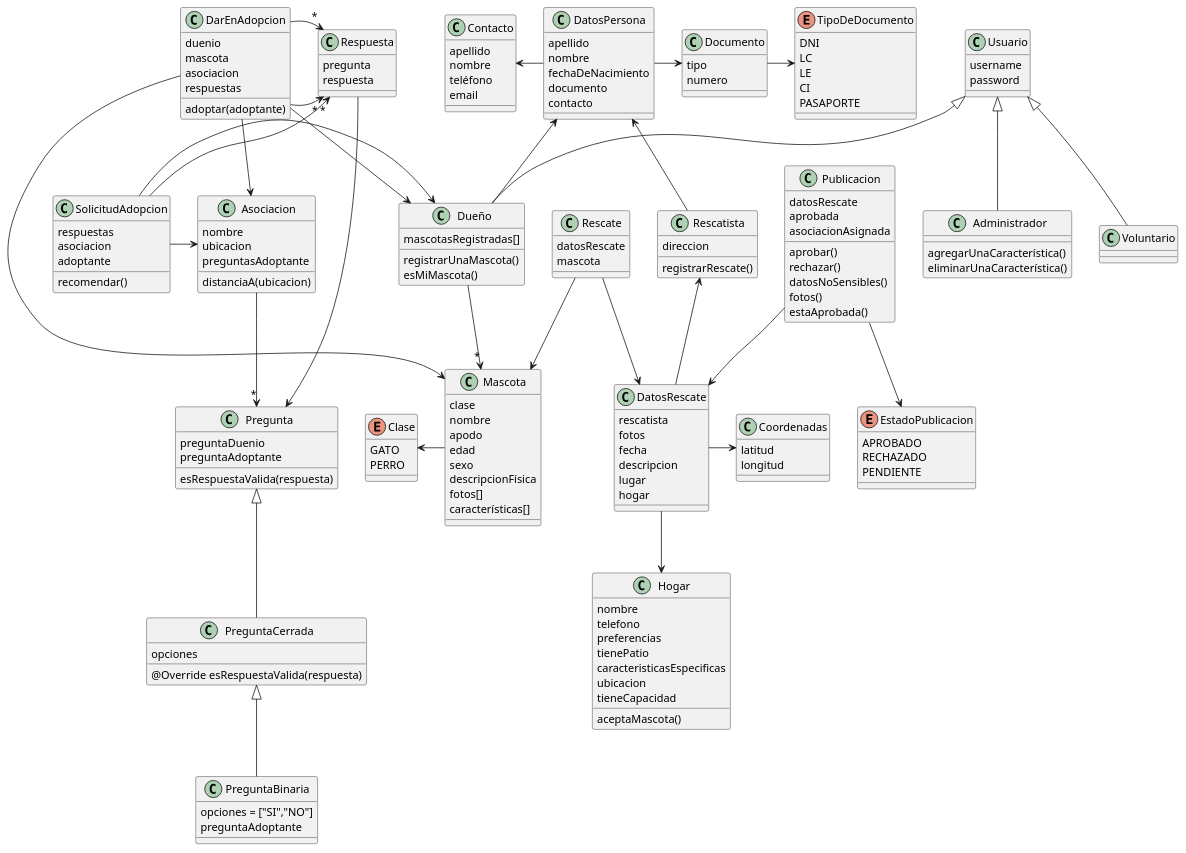
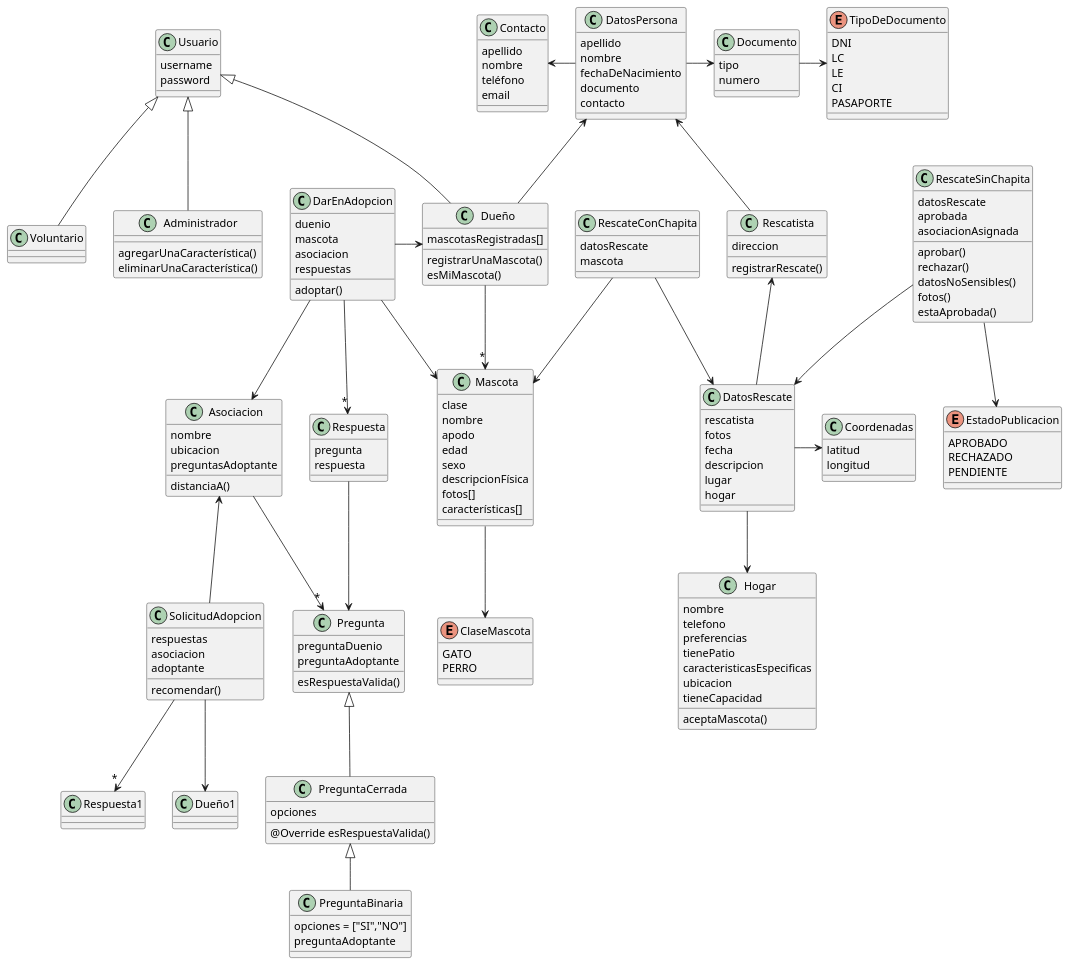
One commit to aleeherasimiuk/RescateDePatitas changed the diagram in diagramas/dominio.plantuml. Above: the diagram before and after it, drawn with PlantUML.

Commit message:
Diagrama de clases

```diff
--- a/diagramas/dominio.plantuml
+++ b/diagramas/dominio.plantuml
@@ -18,7 +18,7 @@
   características[]
 }
 
-enum Clase{
+enum ClaseMascota{
   GATO
   PERRO
 }
@@ -37,7 +37,7 @@
 }
 
 
-class Rescate{
+class RescateConChapita{
   datosRescate
   mascota
 }
@@ -92,7 +92,7 @@
 }
 
 
-class Publicacion{
+class RescateSinChapita{
   datosRescate
   aprobada
   asociacionAsignada
@@ -125,12 +125,12 @@
 class Pregunta{
   preguntaDuenio
   preguntaAdoptante
-  esRespuestaValida(respuesta)
+  esRespuestaValida()
 }
 
 class PreguntaCerrada{
   opciones
-  @Override esRespuestaValida(respuesta)
+  @Override esRespuestaValida()
 }
 
 class PreguntaBinaria{
@@ -143,14 +143,20 @@
   respuesta
 }
 
+
+
 class DarEnAdopcion{
   duenio
   mascota
   asociacion
   respuestas
-  adoptar(adoptante)
+  adoptar()
 }
 
+
+SolicitudAdopcion -d->"*" Respuesta1
+SolicitudAdopcion -d->    Dueño1
+SolicitudAdopcion -u->    Asociacion
 class SolicitudAdopcion{
   respuestas
   asociacion
@@ -162,39 +168,37 @@
   nombre
   ubicacion
   preguntasAdoptante
-  distanciaA(ubicacion)
+  distanciaA()
 }
 
+DarEnAdopcion     ->      Dueño
+DarEnAdopcion     ->      Mascota
+Respuesta         -d->    Pregunta
+DarEnAdopcion     -->     Asociacion
+DarEnAdopcion     -d->"*" Respuesta
+Asociacion        -d->"*" Pregunta
+PreguntaCerrada   -u-|>   Pregunta
+PreguntaBinaria   -u-|>   PreguntaCerrada
+Dueño             -u->    DatosPersona
+Rescatista        -u->    DatosPersona
+DatosPersona      -r->    Documento
+DatosPersona      -l->    Contacto
+DatosRescate      -u->    Rescatista
+Dueño             -u-|>   Usuario
+RescateConChapita -d->    Mascota
+Documento         -r->    TipoDeDocumento
+Mascota           -d->    ClaseMascota
+Dueño             -d->"*" Mascota
+Administrador     -u-|>   Usuario
+DatosRescate        ->    Coordenadas
+RescateSinChapita -d->    EstadoPublicacion
+RescateSinChapita -d->    DatosRescate
+RescateConChapita -d->    DatosRescate
+DatosRescate      -d->    Hogar
+Voluntario        -u-|>   Usuario
 
-Dueño         -u->    DatosPersona
-Rescatista    -u->    DatosPersona
-DatosPersona  -r->    Documento
-DatosPersona  -l->    Contacto
-DatosRescate  -u->    Rescatista
-Dueño         -u-|>   Usuario
-Rescate       -d->    Mascota
-Documento     -r->    TipoDeDocumento
-Mascota       -l->    Clase
-Dueño         -d->"*" Mascota
-Administrador -u-|>   Usuario
-DatosRescate    ->    Coordenadas
-Publicacion   -d->    EstadoPublicacion
-Publicacion   -d->    DatosRescate
-Rescate       -d->    DatosRescate
-DatosRescate  -d->    Hogar
-Voluntario    -u-|>   Usuario
-PreguntaCerrada -u-|> Pregunta
-PreguntaBinaria -u-|> PreguntaCerrada
-Respuesta       -l->  Pregunta
-DarEnAdopcion -d->"*" Respuesta
-SolicitudAdopcion -u->"*" Respuesta
-Asociacion -d->"*"    Pregunta
-SolicitudAdopcion ->  Dueño
-SolicitudAdopcion ->  Asociacion
-DarEnAdopcion ->      Dueño
-DarEnAdopcion ->      Mascota
-DarEnAdopcion ->      Asociacion
-DarEnAdopcion ->"*"   Respuesta
+
+
 
 
 
```
